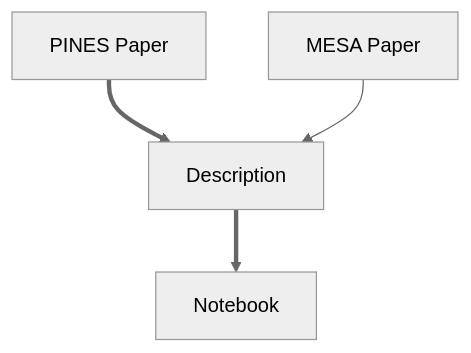
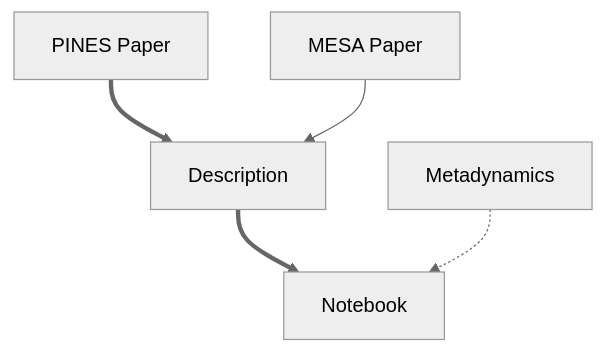
Before and after one commit to aniruddha-seal/pines_tutorial: the diagram in NAVIGATION.md, drawn with Mermaid (neutral theme).

````diff
--- a/NAVIGATION.md
+++ b/NAVIGATION.md
@@ -23,10 +23,12 @@
 ```mermaid
 flowchart TB;
   A[PINES Paper] ==> C[Description] 
   B[MESA Paper] --> C
   C ==> D[Notebook];
+  E[Metadynamics] -.-> D;
   click A "ref1" "The paper about the PINES method introduced in this tutorial";
   click B "ref2" "The paper about the MESA method, the previous iteration of PINES which is not permutation invariant";
   click C "DESCRIPTION.md" "A very brief introduction to PINES and the instructions for the exercises";
   click D "notebooks/PINES_tutorial.ipynb" "A python notebook file containing the exercise";
+  click E "ref3" "This tutorial teaches you how to run metadynamics simulations";
 ```
````
